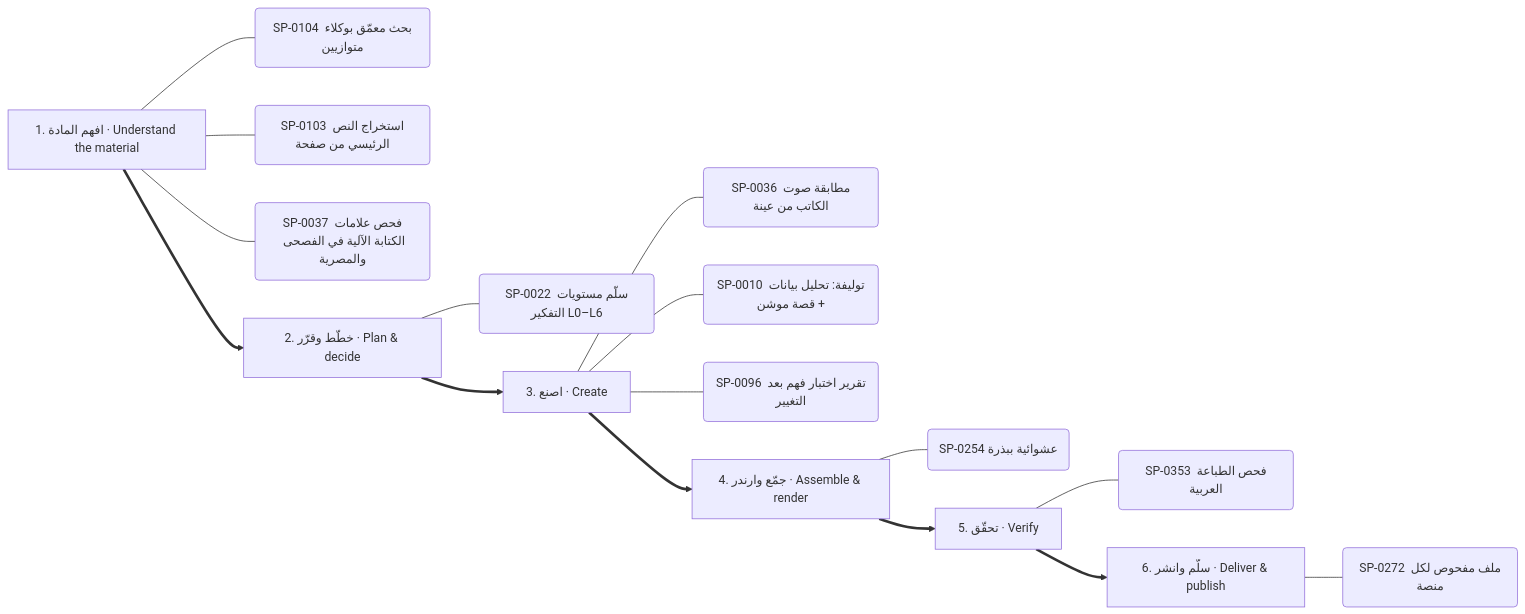
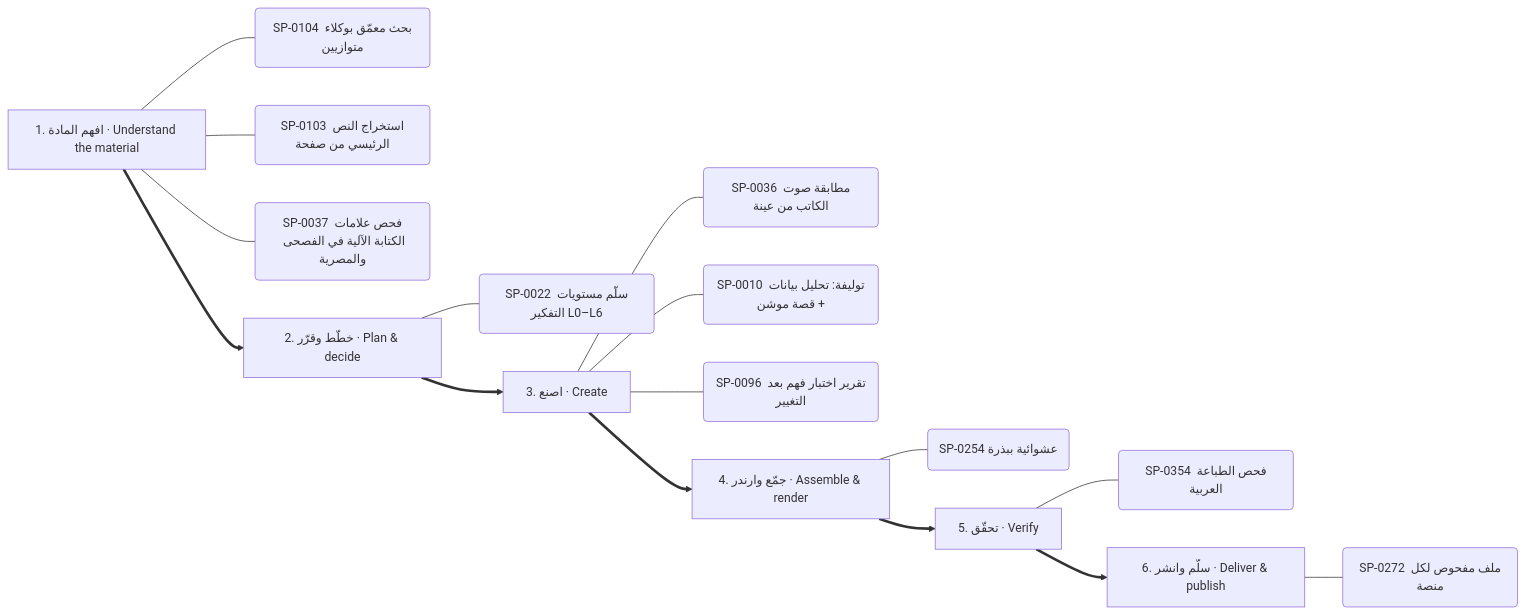
Diagram 13 of 13 in .claude/skills/kosif-superpowers/references/capability-mindmap.md (kosif199022-jpg/kosif-tool), drawn with Mermaid before and after one commit. The commit also changed other lines of this file and 53 other files, not shown here.

````diff
--- a/.claude/skills/kosif-superpowers/references/capability-mindmap.md
+++ b/.claude/skills/kosif-superpowers/references/capability-mindmap.md
@@ -636,24 +634,24 @@
 ```mermaid
 flowchart LR
   S0["1. افهم المادة · Understand the material"]
   S0 --- S0_0("SP-0104 بحث معمّق بوكلاء متوازيين")
   S0 --- S0_1("SP-0103 استخراج النص الرئيسي من صفحة")
   S0 --- S0_2("SP-0037 فحص علامات الكتابة الآلية في الفصحى والمصرية")
   S1["2. خطّط وقرّر · Plan & decide"]
   S1 --- S1_0("SP-0022 سلّم مستويات التفكير L0–L6")
   S0 ==> S1
   S2["3. اصنع · Create"]
   S2 --- S2_0("SP-0036 مطابقة صوت الكاتب من عينة")
   S2 --- S2_1("SP-0010 توليفة: تحليل بيانات + قصة موشن")
   S2 --- S2_2("SP-0096 تقرير اختبار فهم بعد التغيير")
   S1 ==> S2
   S3["4. جمّع وارندر · Assemble & render"]
   S3 --- S3_0("SP-0254 عشوائية ببذرة")
   S2 ==> S3
   S4["5. تحقّق · Verify"]
-  S4 --- S4_0("SP-0353 فحص الطباعة العربية")
+  S4 --- S4_0("SP-0354 فحص الطباعة العربية")
   S3 ==> S4
   S5["6. سلّم وانشر · Deliver & publish"]
   S5 --- S5_0("SP-0272 ملف مفحوص لكل منصة")
   S4 ==> S5
 ```
````
